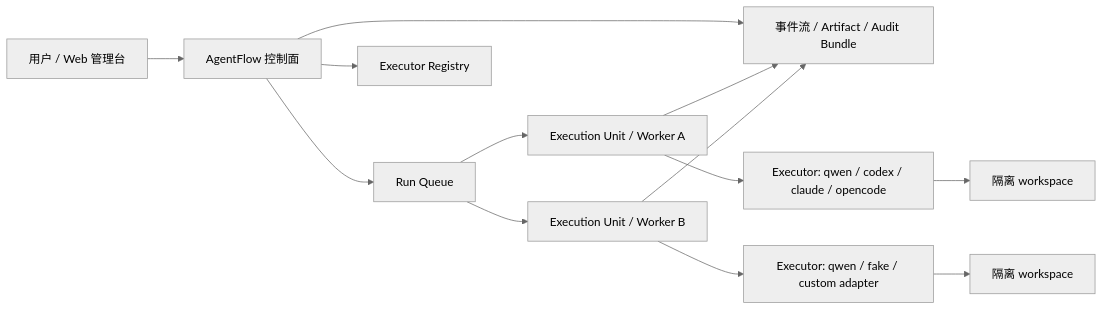
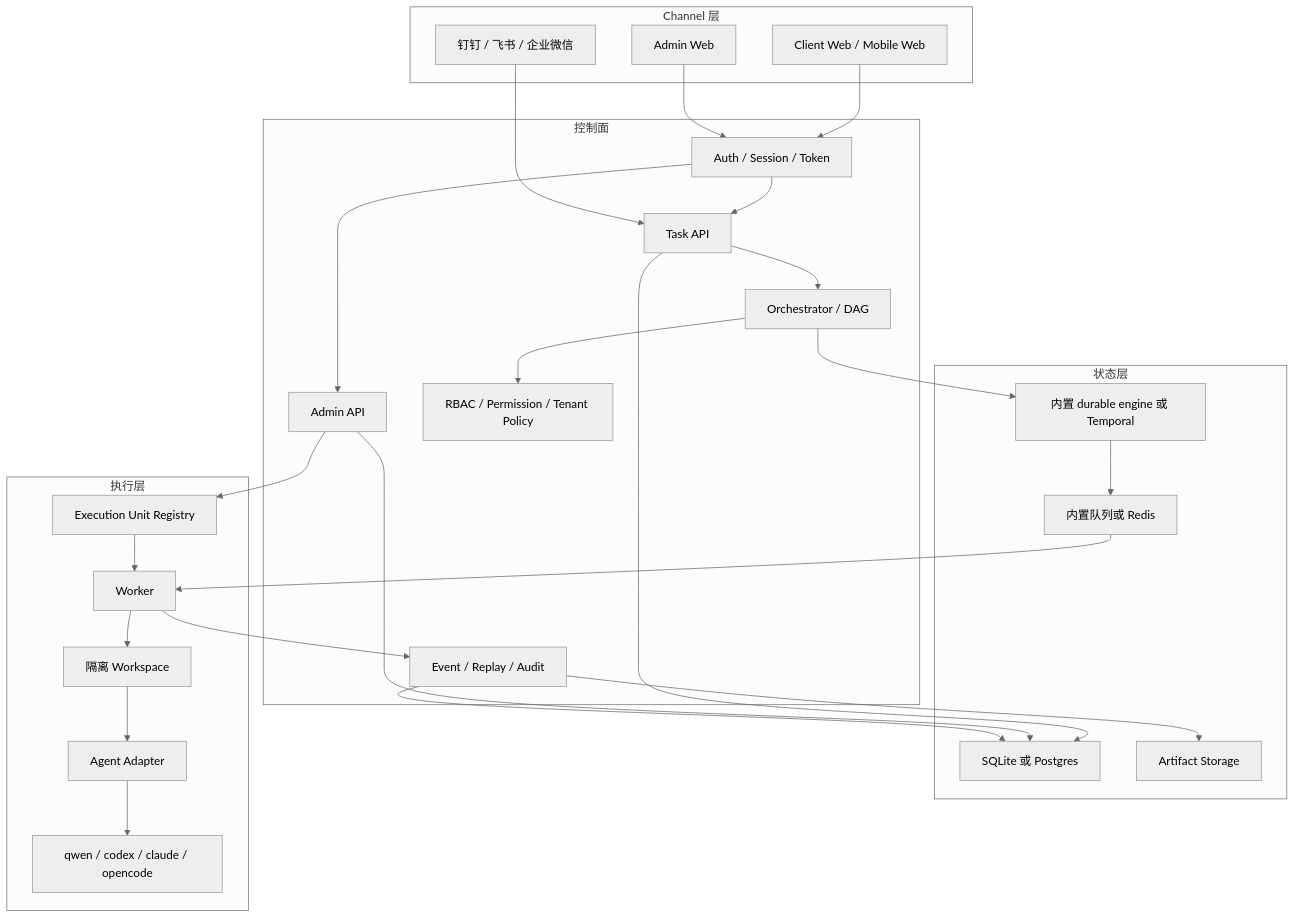
The first of 2 diagrams in docs/architecture.md (chiga0/agent-flow), drawn with Mermaid (neutral theme) before and after one commit. The commit also changed other lines of this file and 42 other files, not shown here.

````diff
--- a/docs/architecture.md
+++ b/docs/architecture.md
@@ -7,15 +7,49 @@
 ```mermaid
-flowchart LR
-  User["用户 / Web 管理台"] --> Control["AgentFlow 控制面"]
-  Control --> Queue["Run Queue"]
-  Control --> Audit["事件流 / Artifact / Audit Bundle"]
-  Control --> Registry["Executor Registry"]
-  Queue --> WorkerA["Execution Unit / Worker A"]
-  Queue --> WorkerB["Execution Unit / Worker B"]
-  WorkerA --> ExecutorA["Executor: qwen / codex / claude / opencode"]
-  WorkerB --> ExecutorB["Executor: qwen / fake / custom adapter"]
-  ExecutorA --> WorkspaceA["隔离 workspace"]
-  ExecutorB --> WorkspaceB["隔离 workspace"]
-  WorkerA --> Audit
-  WorkerB --> Audit
+flowchart TB
+  subgraph Channel["Channel 层"]
+    Web["Client Web / Mobile Web"]
+    IM["钉钉 / 飞书 / 企业微信"]
+    AdminWeb["Admin Web"]
+  end
+
+  subgraph Control["控制面"]
+    Auth["Auth / Session / Token"]
+    TaskAPI["Task API"]
+    AdminAPI["Admin API"]
+    Orchestrator["Orchestrator / DAG"]
+    Policy["RBAC / Permission / Tenant Policy"]
+    Audit["Event / Replay / Audit"]
+  end
+
+  subgraph State["状态层"]
+    DB["SQLite 或 Postgres"]
+    Queue["内置队列或 Redis"]
+    Workflow["内置 durable engine 或 Temporal"]
+    Artifact["Artifact Storage"]
+  end
+
+  subgraph Execution["执行层"]
+    Registry["Execution Unit Registry"]
+    Worker["Worker"]
+    Workspace["隔离 Workspace"]
+    Adapter["Agent Adapter"]
+    CLI["qwen / codex / claude / opencode"]
+  end
+
+  Web --> Auth --> TaskAPI
+  IM --> TaskAPI
+  AdminWeb --> Auth --> AdminAPI
+  TaskAPI --> Orchestrator
+  AdminAPI --> Registry
+  Orchestrator --> Policy
+  Orchestrator --> Workflow
+  Workflow --> Queue
+  Queue --> Worker
+  Registry --> Worker
+  Worker --> Workspace --> Adapter --> CLI
+  TaskAPI --> DB
+  AdminAPI --> DB
+  Audit --> DB
+  Audit --> Artifact
+  Worker --> Audit
 ```
````
